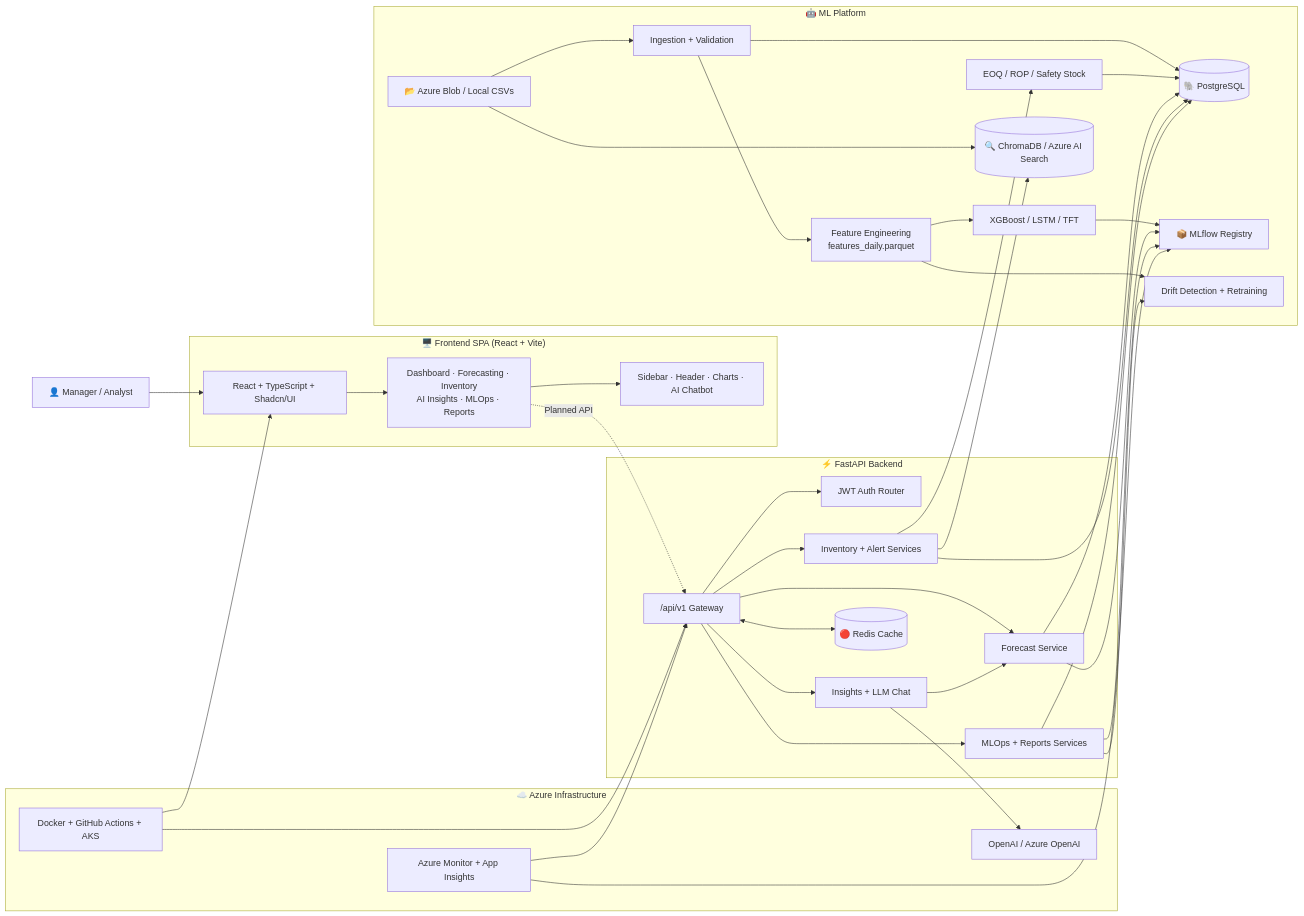
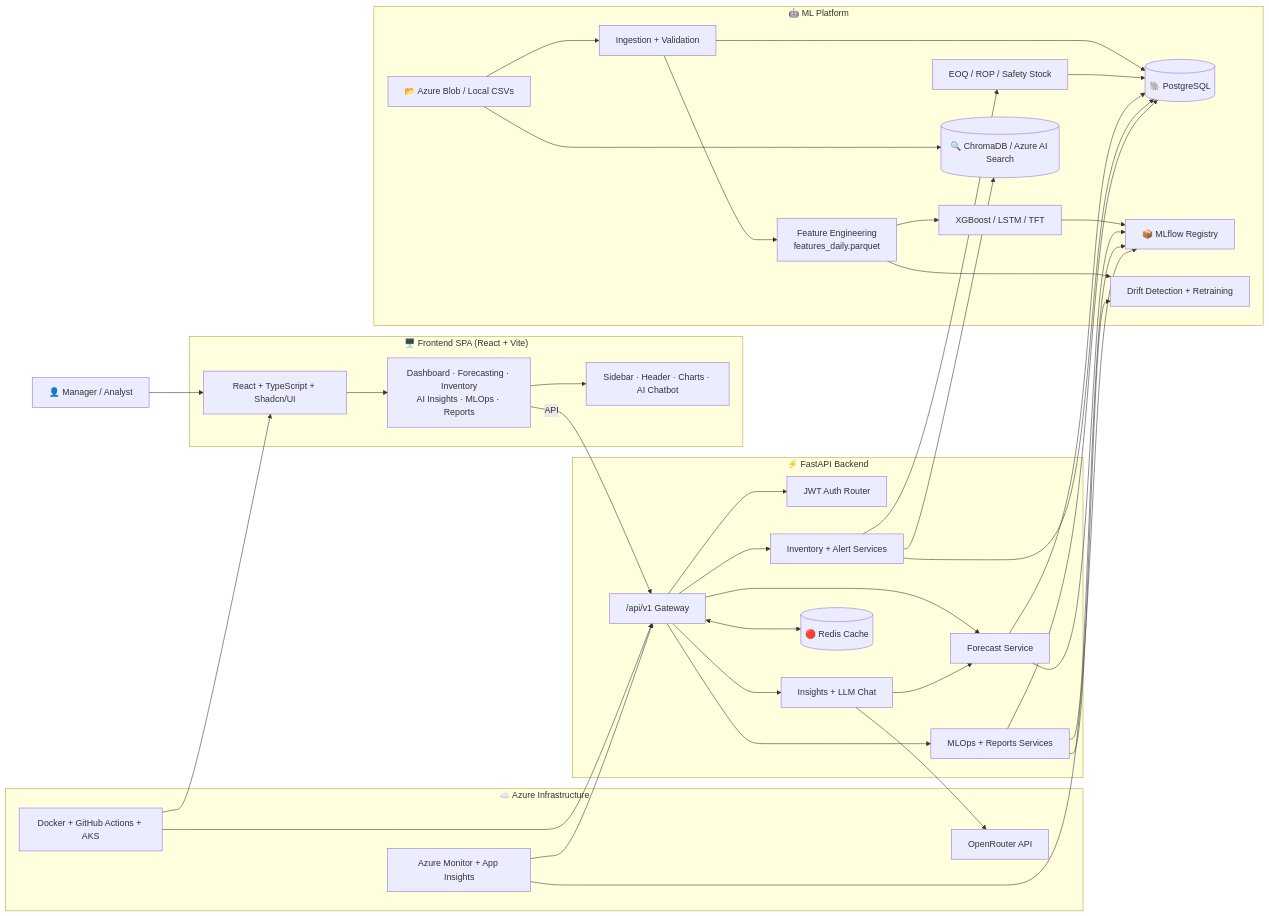
The first of 5 diagrams in README.md (IbrahimAbdelsattar/SupplyMindAI), drawn with Mermaid before and after one commit. The commit also changed other lines of this file and 19 other files, not shown here.

Commit message:
Implement authentication flow, LangGraph-based AI copilot, and RAG-powered backend service integration with a new frontend dashboard.

````diff
--- a/README.md
+++ b/README.md
@@ -212,55 +212,55 @@
 ```mermaid
 flowchart LR
     user["👤 Manager / Analyst"]
 
     subgraph FE["🖥️ Frontend SPA (React + Vite)"]
         app["React + TypeScript + Shadcn/UI"]
         pages["Dashboard · Forecasting · Inventory\nAI Insights · MLOps · Reports"]
         shared["Sidebar · Header · Charts · AI Chatbot"]
         app --> pages --> shared
     end
 
     subgraph API["⚡ FastAPI Backend"]
         gateway["/api/v1 Gateway"]
         auth["JWT Auth Router"]
         forecastSvc["Forecast Service"]
         inventorySvc["Inventory + Alert Services"]
         insightSvc["Insights + LLM Chat"]
         mlopsSvc["MLOps + Reports Services"]
         cache[("🔴 Redis Cache")]
         gateway --> auth & forecastSvc & inventorySvc & insightSvc & mlopsSvc
         gateway <--> cache
     end
 
     subgraph DATA["🤖 ML Platform"]
         raw["📂 Azure Blob / Local CSVs"]
         ingest["Ingestion + Validation"]
         features["Feature Engineering\nfeatures_daily.parquet"]
         postgres[("🐘 PostgreSQL")]
         training["XGBoost / LSTM / TFT"]
         registry["📦 MLflow Registry"]
         drift["Drift Detection + Retraining"]
         optimizer["EOQ / ROP / Safety Stock"]
         vector[("🔍 ChromaDB / Azure AI Search")]
         raw --> ingest --> features --> training --> registry
         ingest --> postgres
         features --> drift
         raw --> vector
         optimizer --> postgres
     end
 
     subgraph CLOUD["☁️ Azure Infrastructure"]
-        llm["OpenAI / Azure OpenAI"]
+        llm["OpenRouter API"]
         monitor["Azure Monitor + App Insights"]
         deploy["Docker + GitHub Actions + AKS"]
     end
 
     user --> app
-    pages -.->|"Planned API"| gateway
+    pages -->|"API"| gateway
     forecastSvc --> postgres & registry
     inventorySvc --> postgres & optimizer & vector
     insightSvc --> forecastSvc & llm
     mlopsSvc --> registry & drift & postgres
     deploy --> app & gateway
     monitor --> gateway & registry
 ```
````
